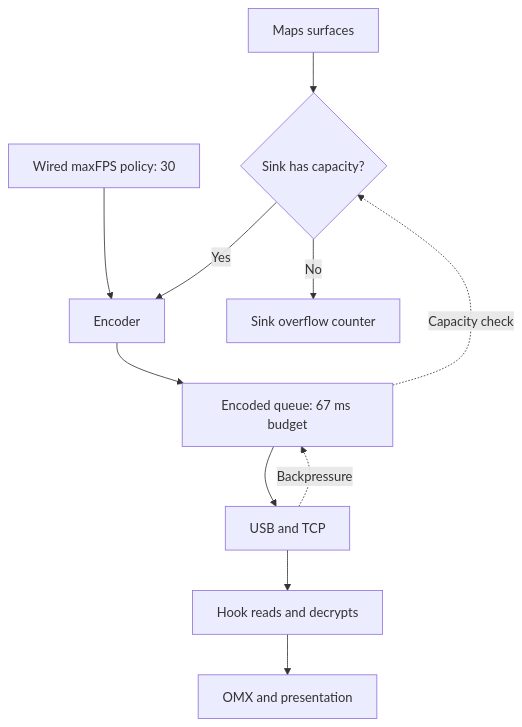
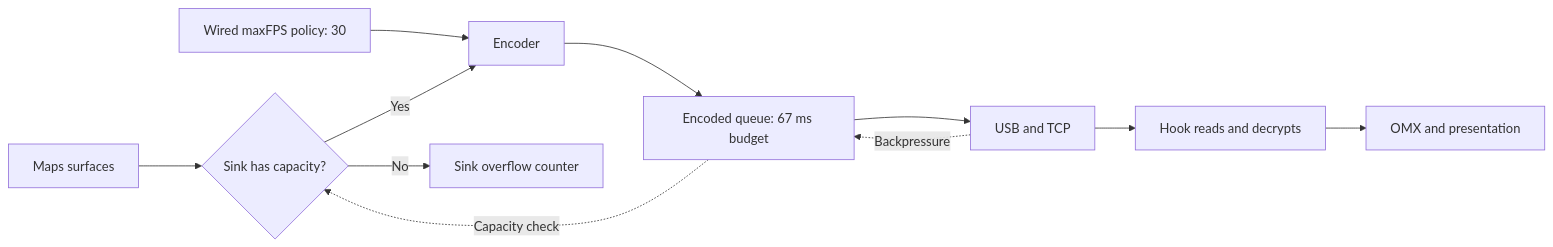
The first of 3 diagrams in docs/altscreen-and-video/WIRED_30FPS_INVESTIGATION.md (luka-dev/mib2q-carplay-rgi), drawn with Mermaid before and after one commit. The commit also changed other lines of this file and 820 other files, not shown here.

````diff
--- a/docs/altscreen-and-video/WIRED_30FPS_INVESTIGATION.md
+++ b/docs/altscreen-and-video/WIRED_30FPS_INVESTIGATION.md
@@ -86,16 +63,16 @@
 ```mermaid
-flowchart TB
+flowchart LR
     accTitle: Independent CarPlay Frame Rate Gates
     accDescr: Scene submission, encoder policy and sink overflow are separate gates. Slow transport or receiver reads can fill the sender queue and cause pre-encode drops even when the encoder is configured for thirty frames per second.
 
     scene["Maps surfaces"] --> drop_gate{"Sink has capacity?"}
     fps_policy["Wired maxFPS policy: 30"] --> encoder["Encoder"]
     drop_gate -->|Yes| encoder
     drop_gate -->|No| dropped["Sink overflow counter"]
     encoder --> sender_queue["Encoded queue: 67 ms budget"]
     sender_queue --> transport["USB and TCP"]
     transport --> receiver["Hook reads and decrypts"]
     receiver --> renderer["OMX and presentation"]
     transport -.->|Backpressure| sender_queue
     sender_queue -.->|Capacity check| drop_gate
 ```
````
